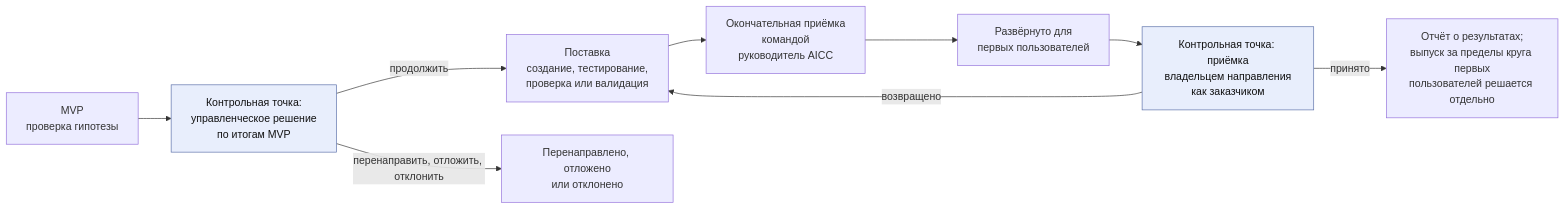
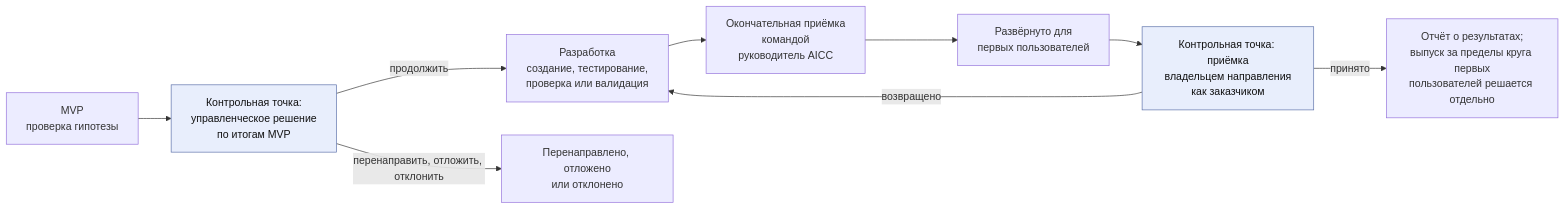
One commit to devhogu/ob-aicc changed the second of 3 diagrams in charter/ru/workflows/engagement.md. Above: the diagram before and after it, drawn with Mermaid. The commit also changed other lines of this file and 142 other files, not shown here.

First line of the commit message:
Russian edition: «поставка» replaced by context (оказание услуг, разработка и внедрение, разработка, после внедрения); Cadence is «расписание работы»

````diff
--- a/charter/ru/workflows/engagement.md
+++ b/charter/ru/workflows/engagement.md
@@ -38,13 +38,13 @@
 ```mermaid
 flowchart LR
   MV["MVP<br/>проверка гипотезы"] --> DM["Контрольная точка:<br/>управленческое решение<br/>по итогам MVP"]
-  DM -->|"продолжить"| DL["Поставка<br/>создание, тестирование,<br/>проверка или валидация"]
+  DM -->|"продолжить"| DL["Разработка<br/>создание, тестирование,<br/>проверка или валидация"]
   DM -->|"перенаправить, отложить, отклонить"| DR["Перенаправлено, отложено<br/>или отклонено"]
   DL --> TF["Окончательная приёмка<br/>командой<br/>руководитель AICC"]
   TF --> FU["Развёрнуто для<br/>первых пользователей"]
   FU --> BA["Контрольная точка: приёмка<br/>владельцем направления<br/>как заказчиком"]
   BA -->|"возвращено"| DL
   BA -->|"принято"| OR["Отчёт о результатах;<br/>выпуск за пределы круга первых<br/>пользователей решается отдельно"]
   classDef gate fill:#e8eefc,stroke:#5a6fa8,color:#111
   class DM,BA gate
 ```
````
